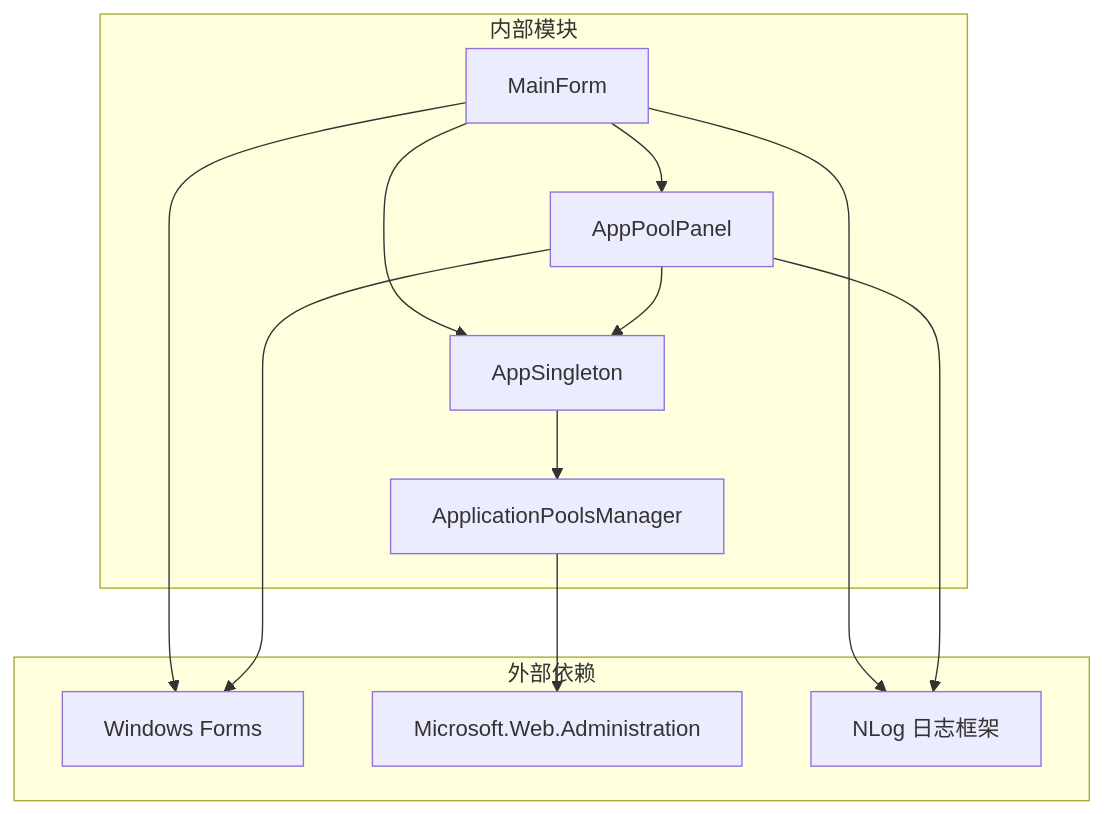
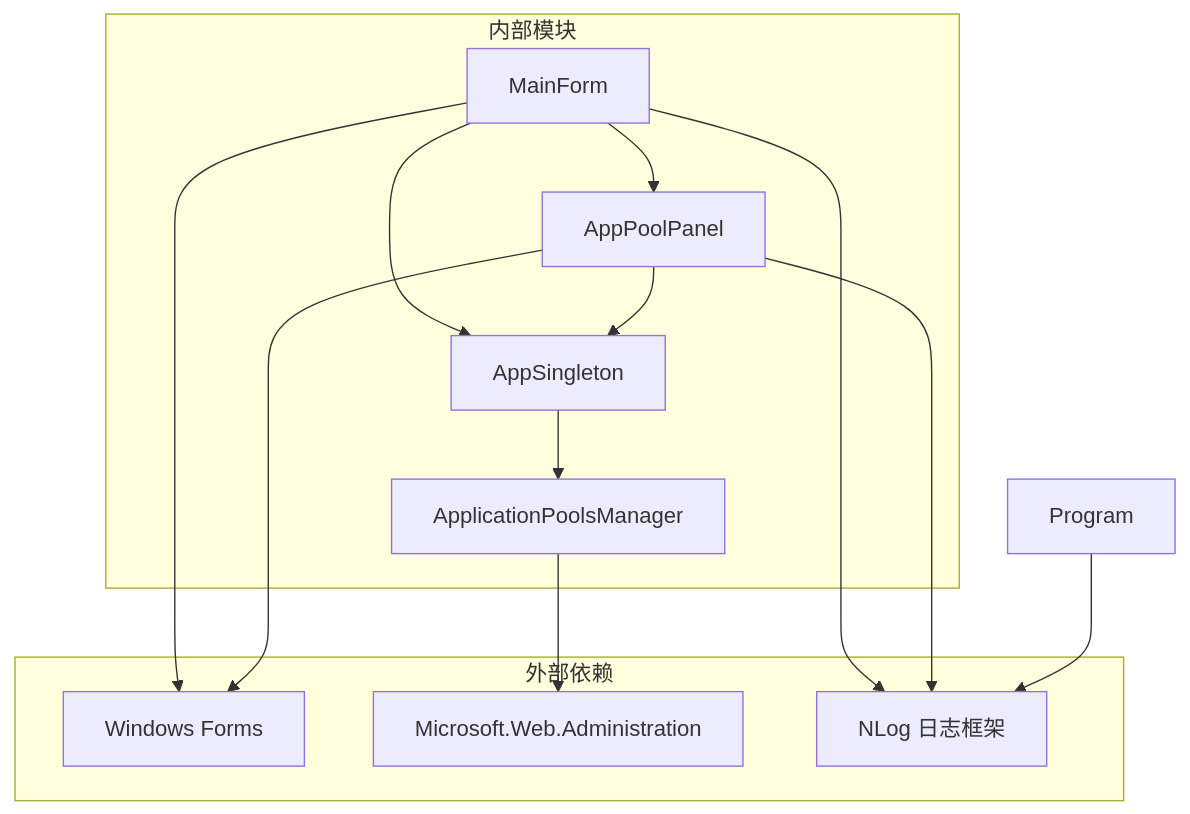
The ninth of 9 diagrams in .qoder/repowiki/zh/content/IISMonitor.v2 功能详解.md (db300/IISMonitor), drawn with Mermaid before and after one commit. The commit also changed other lines of this file and 5 other files, not shown here.

````diff
--- a/.qoder/repowiki/zh/content/IISMonitor.v2 功能详解.md
+++ b/.qoder/repowiki/zh/content/IISMonitor.v2 功能详解.md
@@ -339,23 +412,24 @@
 ```mermaid
 graph TB
 subgraph "外部依赖"
 WinForms[Windows Forms]
 IISAdmin[Microsoft.Web.Administration]
 NLog[NLog 日志框架]
 end
 subgraph "内部模块"
 MainForm[MainForm]
 AppPoolPanel[AppPoolPanel]
 AppSingleton[AppSingleton]
 APManager[ApplicationPoolsManager]
 end
 MainForm --> AppPoolPanel
 MainForm --> AppSingleton
 AppPoolPanel --> AppSingleton
 AppSingleton --> APManager
 APManager --> IISAdmin
 MainForm --> WinForms
 AppPoolPanel --> WinForms
 MainForm --> NLog
 AppPoolPanel --> NLog
+Program --> NLog
 ```
````
